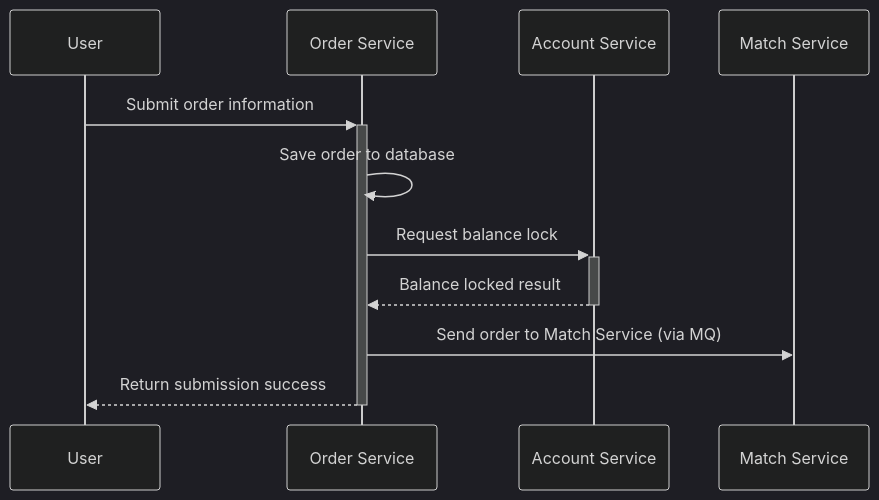
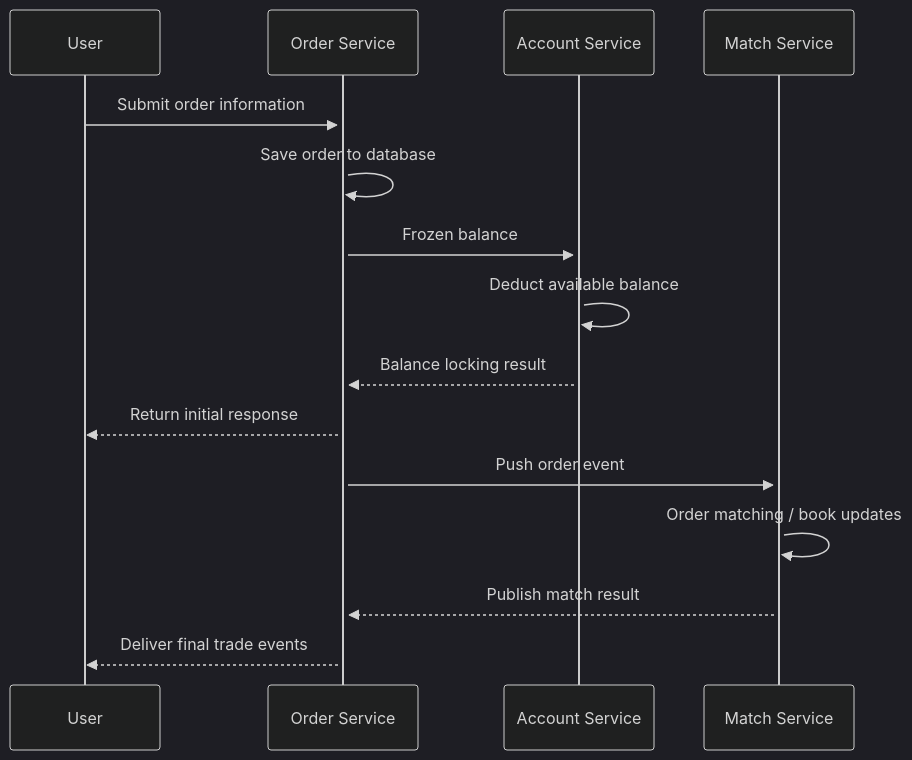
One commit to foreverchens/match-engine changed the second of 4 diagrams in README.md. Above: the diagram before and after it, drawn with Mermaid (dark theme). The commit also changed other lines of this file and 3 other files, not shown here.

````diff
--- a/README.md
+++ b/README.md
@@ -120,14 +106,18 @@
 ```mermaid
 sequenceDiagram
     participant U as User
     participant O as Order Service
     participant A as Account Service
     participant M as Match Service
 
     U->>+O: Submit order information
     O->>O: Save order to database
-    O->>+A: Request balance lock
-    A-->>-O: Balance locked result
-    O->>M: Send order to Match Service (via MQ)
-    O-->>-U: Return submission success
+    O->>+A: Frozen balance
+    A->>A: Deduct available balance
+    A-->>O: Balance locking result
+    O-->>U: Return initial response
+    O->>+M: Push order event
+    M->>M: Order matching / book updates
+    M-->>O: Publish match result
+    O-->>U: Deliver final trade events
 ```
````
